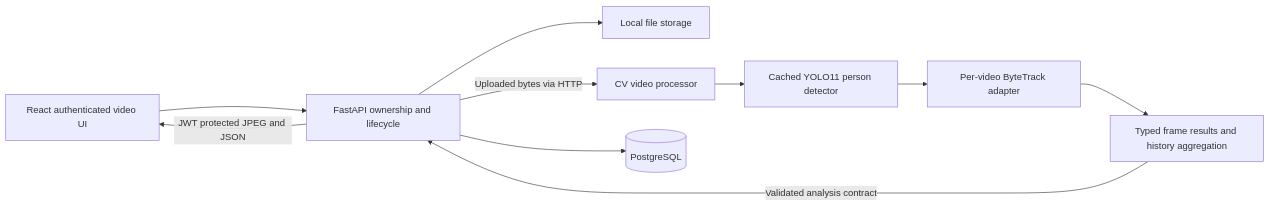
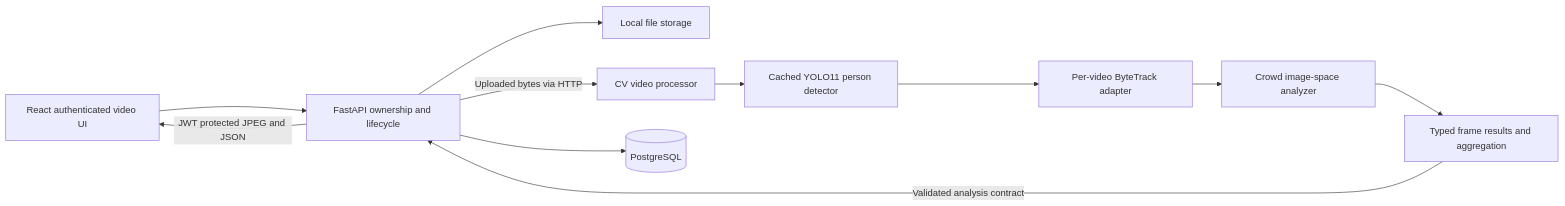
One commit to siya-shetty/crowd-monitoring-system changed the diagram in docs/architecture.md. Above: the diagram before and after it, drawn with Mermaid. The commit also changed other lines of this file and 27 other files, not shown here.

````diff
--- a/docs/architecture.md
+++ b/docs/architecture.md
@@ -5,12 +5,13 @@
 ```mermaid
 flowchart LR
   F[React authenticated video UI] --> B[FastAPI ownership and lifecycle]
   B --> S[Local file storage]
   B -->|Uploaded bytes via HTTP| CV[CV video processor]
   CV --> D[Cached YOLO11 person detector]
   D --> T[Per-video ByteTrack adapter]
-  T --> A[Typed frame results and history aggregation]
+  T --> C[Crowd image-space analyzer]
+  C --> A[Typed frame results and aggregation]
   A -->|Validated analysis contract| B
   B --> P[(PostgreSQL)]
   B -->|JWT protected JPEG and JSON| F
 ```
````
